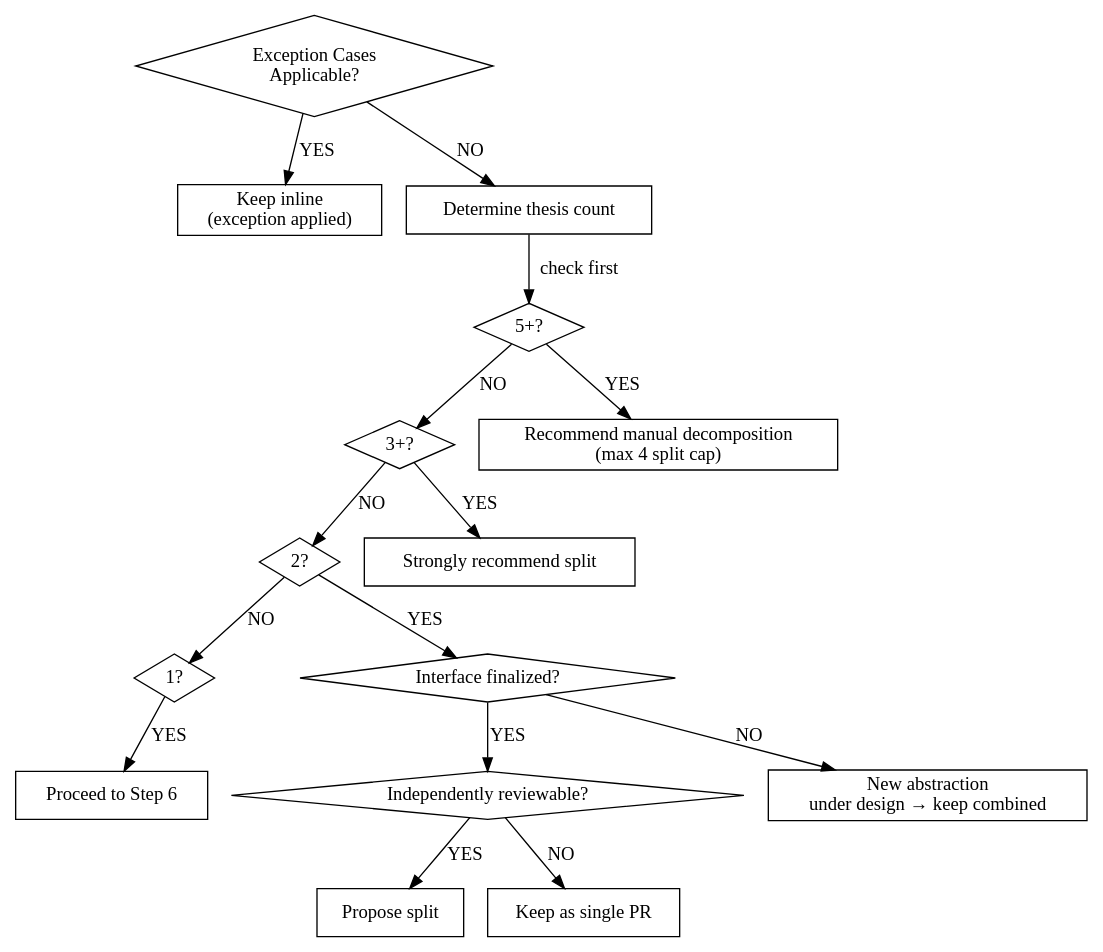
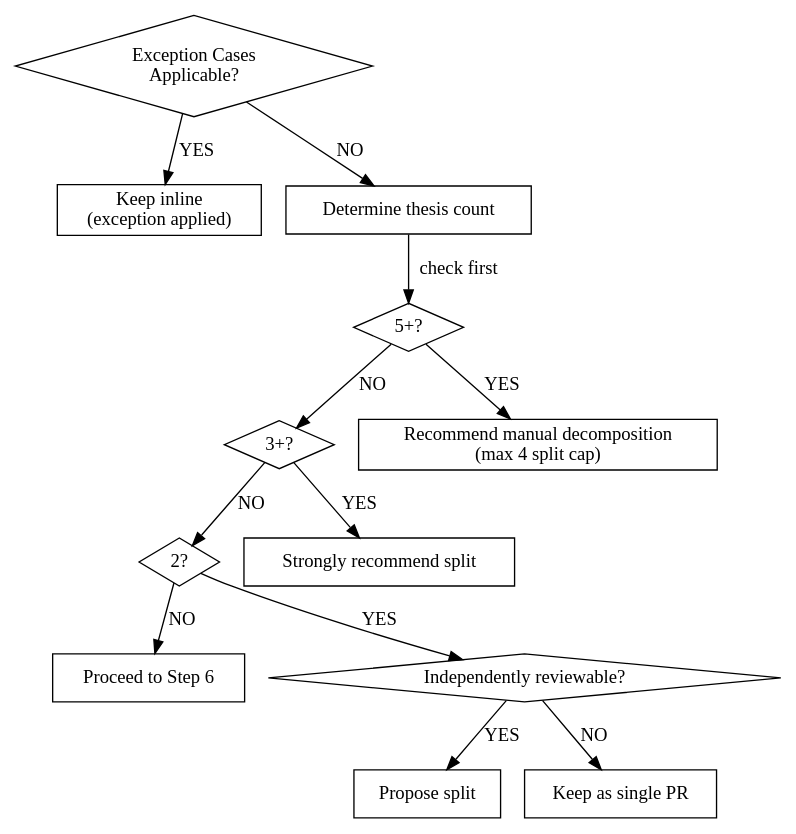
The diagram in skills/make-pr/references/scope-assessment.md (toongri/oh-my-toong-playground), drawn with Graphviz before and after one commit. The commit also changed other lines of this file and 2 other files, not shown here.

````diff
--- a/skills/make-pr/references/scope-assessment.md
+++ b/skills/make-pr/references/scope-assessment.md
@@ -44,36 +44,30 @@
 ```dot
 digraph thesis_decision {
     rankdir=TB;
 
     "Exception Cases\nApplicable?" [shape=diamond];
     "Keep inline\n(exception applied)" [shape=box];
     "Determine thesis count" [shape=box];
-    "1?" [shape=diamond];
     "2?" [shape=diamond];
     "3+?" [shape=diamond];
     "5+?" [shape=diamond];
     "Proceed to Step 6" [shape=box];
-    "Interface finalized?" [shape=diamond];
     "Independently reviewable?" [shape=diamond];
     "Propose split" [shape=box];
     "Keep as single PR" [shape=box];
-    "New abstraction\nunder design → keep combined" [shape=box];
     "Strongly recommend split" [shape=box];
     "Recommend manual decomposition\n(max 4 split cap)" [shape=box];
 
     "Exception Cases\nApplicable?" -> "Keep inline\n(exception applied)" [label="YES"];
     "Exception Cases\nApplicable?" -> "Determine thesis count" [label="NO"];
     "Determine thesis count" -> "5+?" [label="check first"];
     "5+?" -> "Recommend manual decomposition\n(max 4 split cap)" [label="YES"];
     "5+?" -> "3+?" [label="NO"];
     "3+?" -> "Strongly recommend split" [label="YES"];
     "3+?" -> "2?" [label="NO"];
-    "2?" -> "Interface finalized?" [label="YES"];
-    "2?" -> "1?" [label="NO"];
-    "1?" -> "Proceed to Step 6" [label="YES"];
-    "Interface finalized?" -> "Independently reviewable?" [label="YES"];
-    "Interface finalized?" -> "New abstraction\nunder design → keep combined" [label="NO"];
+    "2?" -> "Independently reviewable?" [label="YES"];
+    "2?" -> "Proceed to Step 6" [label="NO"];
     "Independently reviewable?" -> "Propose split" [label="YES"];
     "Independently reviewable?" -> "Keep as single PR" [label="NO"];
 }
 ```
````
